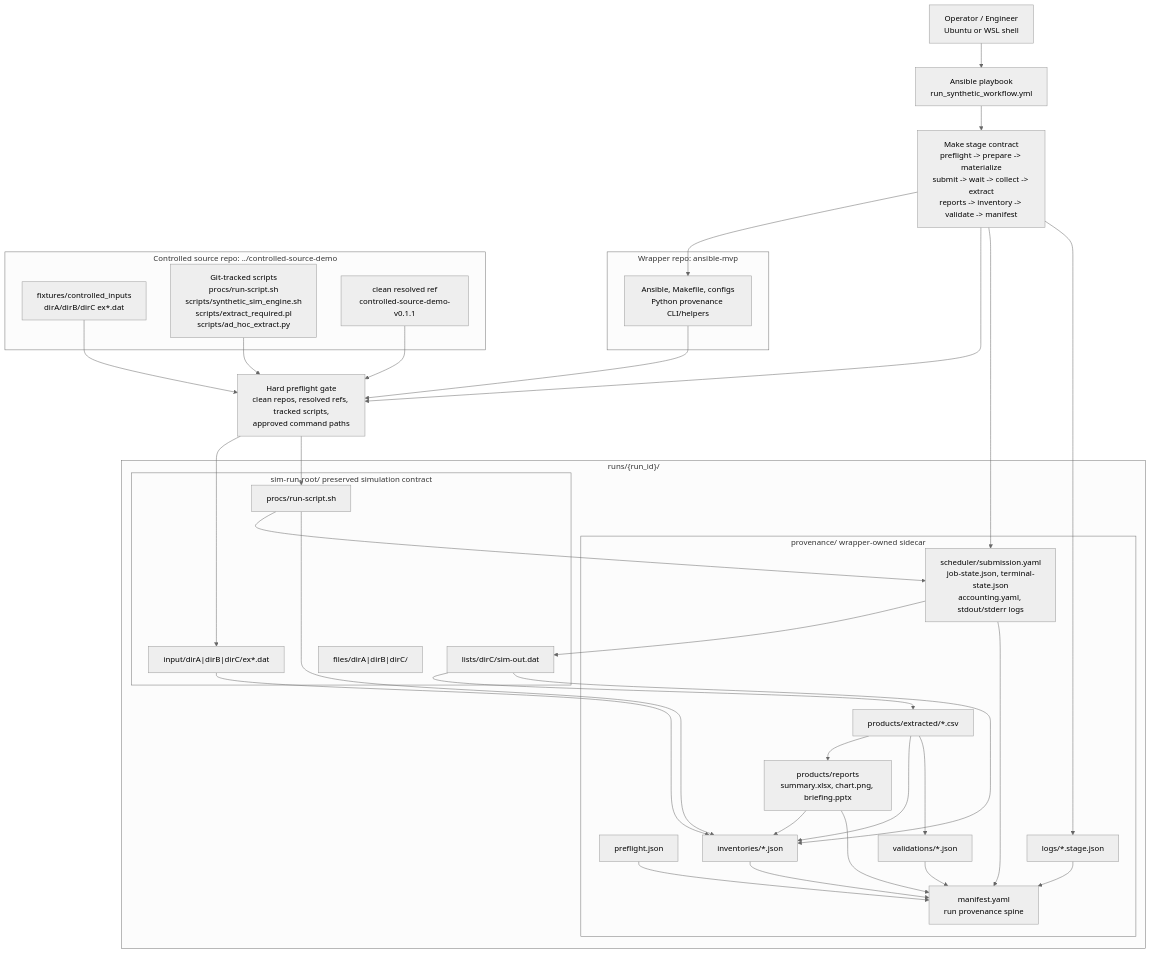
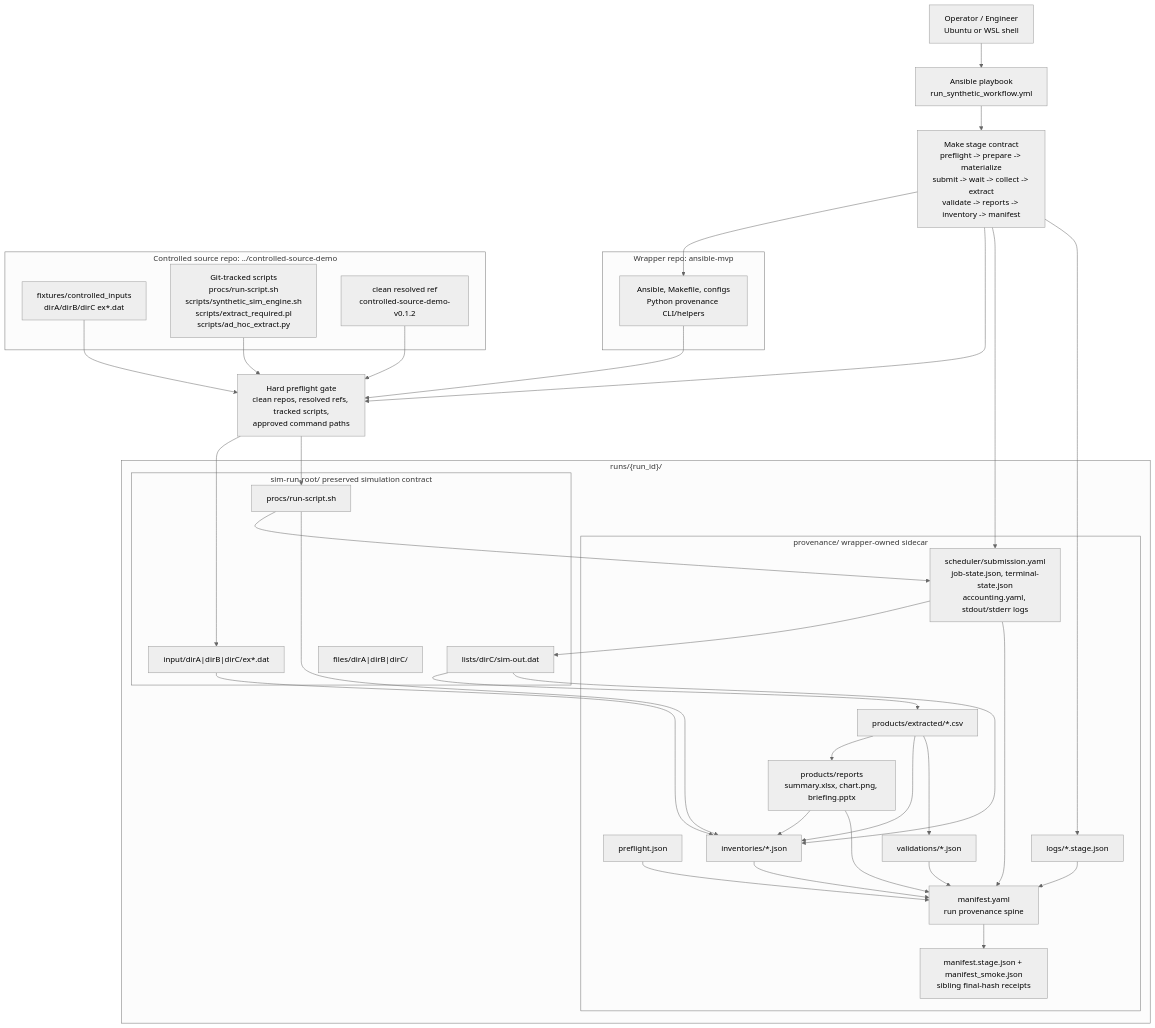
Before and after one commit to snarkipus/ansible-mvp: the diagram in docs/architecture.md, drawn with Mermaid (neutral theme). The commit also changed other lines of this file and 42 other files, not shown here.

````diff
--- a/docs/architecture.md
+++ b/docs/architecture.md
@@ -35,64 +35,66 @@
 ```mermaid
 flowchart TD
     operator["Operator / Engineer<br/>Ubuntu or WSL shell"]
     ansible["Ansible playbook<br/>run_synthetic_workflow.yml"]
-    make["Make stage contract<br/>preflight -> prepare -> materialize<br/>submit -> wait -> collect -> extract<br/>reports -> inventory -> validate -> manifest"]
+    make["Make stage contract<br/>preflight -> prepare -> materialize<br/>submit -> wait -> collect -> extract<br/>validate -> reports -> inventory -> manifest"]
 
     subgraph wrapper["Wrapper repo: ansible-mvp"]
         wrapperFiles["Ansible, Makefile, configs<br/>Python provenance CLI/helpers"]
     end
 
     subgraph controlled["Controlled source repo: ../controlled-source-demo"]
         fixtures["fixtures/controlled_inputs<br/>dirA/dirB/dirC ex*.dat"]
         scripts["Git-tracked scripts<br/>procs/run-script.sh<br/>scripts/synthetic_sim_engine.sh<br/>scripts/extract_required.pl<br/>scripts/ad_hoc_extract.py"]
-        tag["clean resolved ref<br/>controlled-source-demo-v0.1.1"]
+        tag["clean resolved ref<br/>controlled-source-demo-v0.1.2"]
     end
 
     preflight["Hard preflight gate<br/>clean repos, resolved refs, tracked scripts,<br/>approved command paths"]
 
     subgraph run["runs/{run_id}/"]
         subgraph sim["sim-run-root/ preserved simulation contract"]
             input["input/dirA|dirB|dirC/ex*.dat"]
             procs["procs/run-script.sh"]
             raw["lists/dirC/sim-out.dat"]
             files["files/dirA|dirB|dirC/"]
         end
 
         subgraph prov["provenance/ wrapper-owned sidecar"]
             pf["preflight.json"]
             sched["scheduler/submission.yaml<br/>job-state.json, terminal-state.json<br/>accounting.yaml, stdout/stderr logs"]
             logs["logs/*.stage.json"]
             inv["inventories/*.json"]
             vals["validations/*.json"]
             extracted["products/extracted/*.csv"]
             reports["products/reports<br/>summary.xlsx, chart.png, briefing.pptx"]
             manifest["manifest.yaml<br/>run provenance spine"]
+            receipts["manifest.stage.json + manifest_smoke.json<br/>sibling final-hash receipts"]
         end
     end
 
     operator --> ansible --> make
     make --> wrapperFiles
     make --> preflight
     wrapperFiles --> preflight
     fixtures --> preflight
     scripts --> preflight
     tag --> preflight
     preflight --> input
     preflight --> procs
     procs --> sched --> raw
     raw --> extracted --> reports
     make --> sched
     make --> logs
     input --> inv
     procs --> inv
     raw --> inv
     extracted --> inv
     reports --> inv
     extracted --> vals
     pf --> manifest
     sched --> manifest
     logs --> manifest
     inv --> manifest
     vals --> manifest
     reports --> manifest
+    manifest --> receipts
 ```
````
